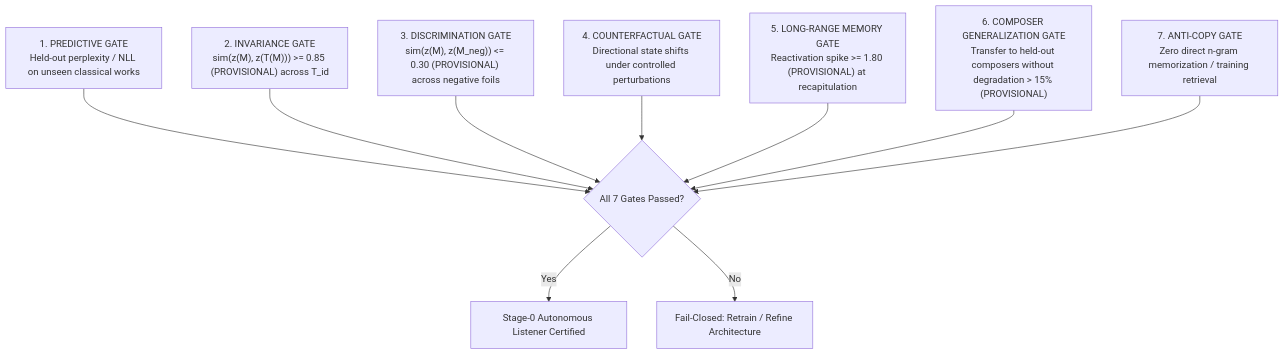
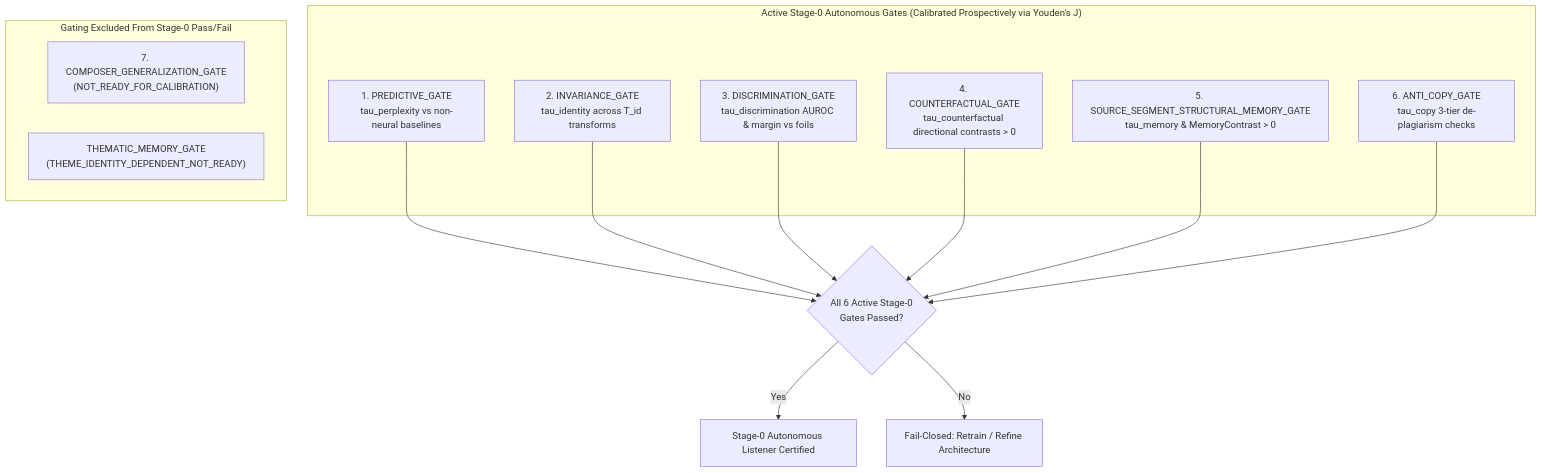
One commit to team-muel/Russian-Piano-Composer changed the second of 2 diagrams in docs/research/PF001A_AUTONOMOUS_LISTENER_CONTRACT.md. Above: the diagram before and after it, drawn with Mermaid. The commit also changed other lines of this file and 4 other files, not shown here.

````diff
--- a/docs/research/PF001A_AUTONOMOUS_LISTENER_CONTRACT.md
+++ b/docs/research/PF001A_AUTONOMOUS_LISTENER_CONTRACT.md
@@ -119,14 +119,20 @@
 ```mermaid
 graph TD
-    G1["1. PREDICTIVE GATE<br/>Held-out perplexity / NLL on unseen classical works"]
-    G2["2. INVARIANCE GATE<br/>sim(z(M), z(T(M))) >= 0.85 (PROVISIONAL) across T_id"]
-    G3["3. DISCRIMINATION GATE<br/>sim(z(M), z(M_neg)) <= 0.30 (PROVISIONAL) across negative foils"]
-    G4["4. COUNTERFACTUAL GATE<br/>Directional state shifts under controlled perturbations"]
-    G5["5. LONG-RANGE MEMORY GATE<br/>Reactivation spike >= 1.80 (PROVISIONAL) at recapitulation"]
-    G6["6. COMPOSER GENERALIZATION GATE<br/>Transfer to held-out composers without degradation > 15% (PROVISIONAL)"]
-    G7["7. ANTI-COPY GATE<br/>Zero direct n-gram memorization / training retrieval"]
+    subgraph S0_ACTIVE["Active Stage-0 Autonomous Gates (Calibrated Prospectively via Youden's J)"]
+        G1["1. PREDICTIVE_GATE<br/>tau_perplexity vs non-neural baselines"]
+        G2["2. INVARIANCE_GATE<br/>tau_identity across T_id transforms"]
+        G3["3. DISCRIMINATION_GATE<br/>tau_discrimination AUROC & margin vs foils"]
+        G4["4. COUNTERFACTUAL_GATE<br/>tau_counterfactual directional contrasts > 0"]
+        G5["5. SOURCE_SEGMENT_STRUCTURAL_MEMORY_GATE<br/>tau_memory & MemoryContrast > 0"]
+        G6["6. ANTI_COPY_GATE<br/>tau_copy 3-tier de-plagiarism checks"]
+    end
 
-    G1 & G2 & G3 & G4 & G5 & G6 & G7 --> ALL_PASS{"All 7 Gates Passed?"}
-    ALL_PASS -- Yes --> APPROVED["Stage-0 Autonomous Listener Certified"]
-    ALL_PASS -- No --> BLOCKED["Fail-Closed: Retrain / Refine Architecture"]
+    subgraph UNREADY["Gating Excluded From Stage-0 Pass/Fail"]
+        G7["7. COMPOSER_GENERALIZATION_GATE<br/>(NOT_READY_FOR_CALIBRATION)"]
+        G8["THEMATIC_MEMORY_GATE<br/>(THEME_IDENTITY_DEPENDENT_NOT_READY)"]
+    end
+
+    G1 & G2 & G3 & G4 & G5 & G6 --> ALL_ACTIVE_PASS{"All 6 Active Stage-0<br/>Gates Passed?"}
+    ALL_ACTIVE_PASS -- Yes --> APPROVED["Stage-0 Autonomous Listener Certified"]
+    ALL_ACTIVE_PASS -- No --> BLOCKED["Fail-Closed: Retrain / Refine Architecture"]
 ```
````
